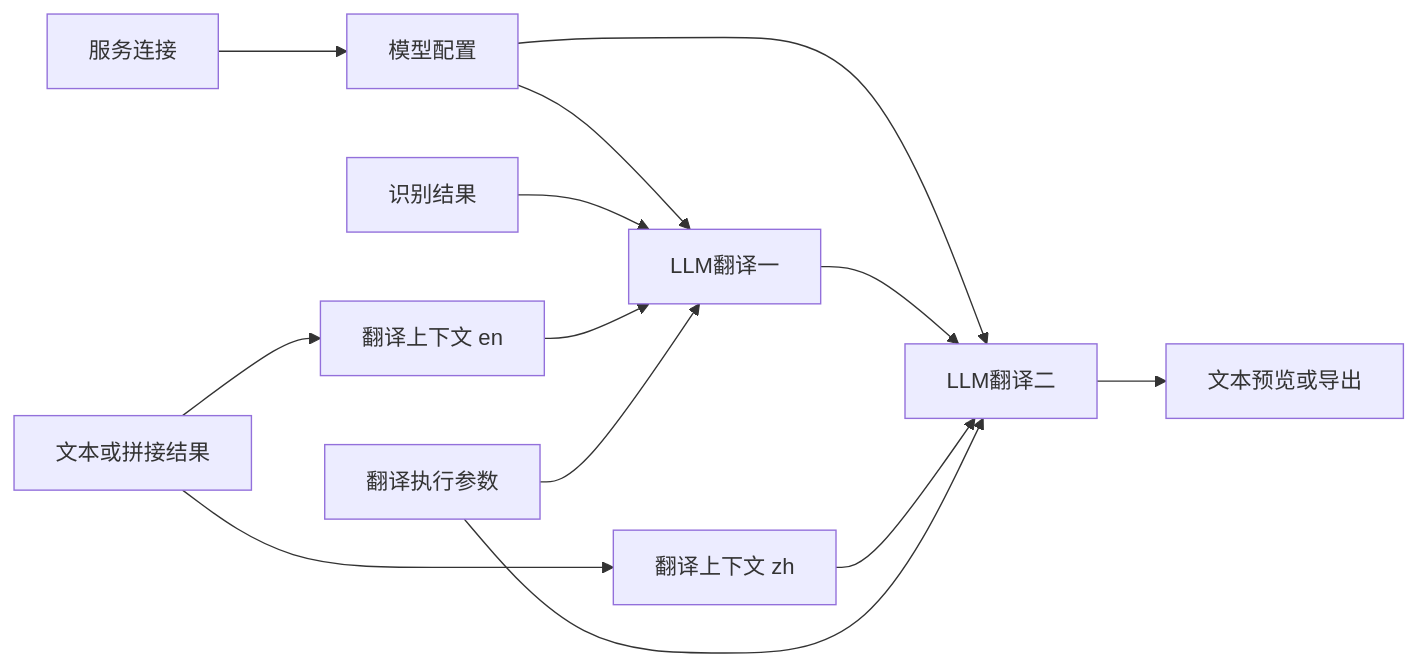
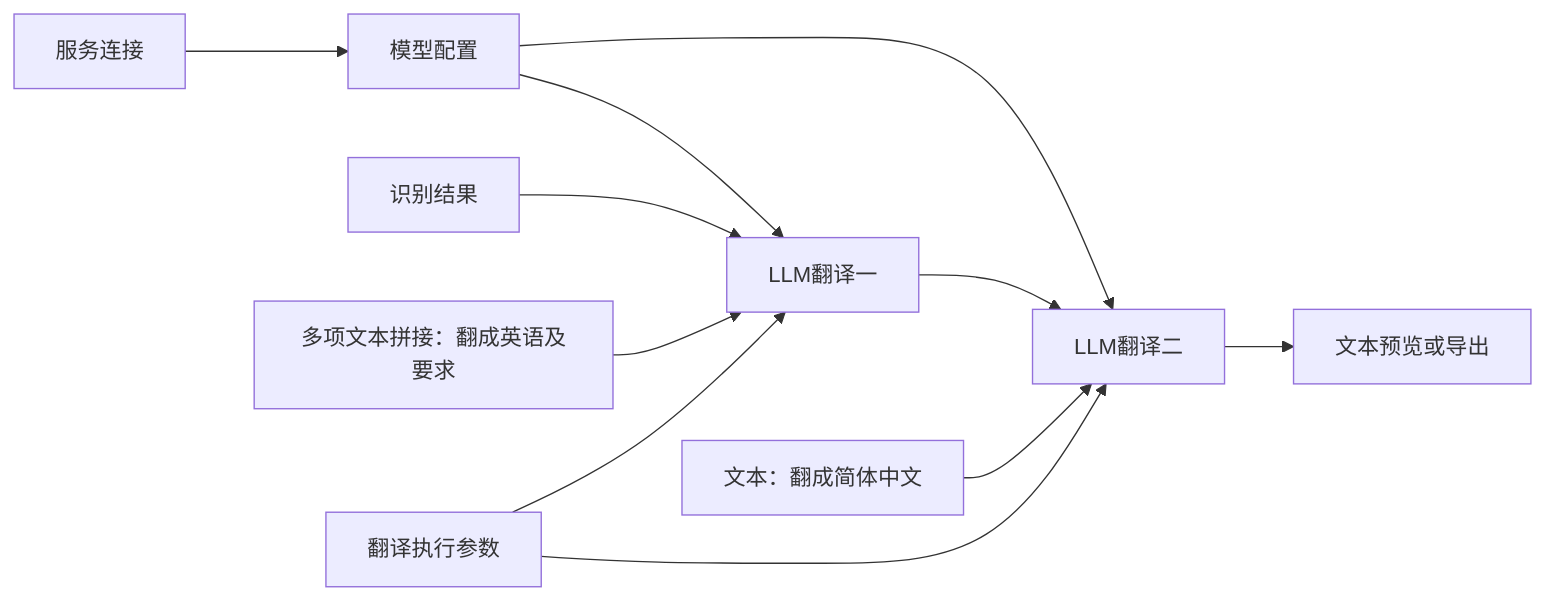
One commit to GFMasterpiece/VoiceTransl changed the diagram in docs/translation_providers.md. Above: the diagram before and after it, drawn with Mermaid. The commit also changed other lines of this file and 96 other files, not shown here.

````diff
--- a/docs/translation_providers.md
+++ b/docs/translation_providers.md
@@ -17,13 +14,11 @@
 ```mermaid
 flowchart LR
   S[服务连接] --> M[模型配置]
   M --> T1[LLM翻译一]
   M --> T2[LLM翻译二]
   A[识别结果] --> T1 --> T2 --> O[文本预览或导出]
-  X[文本或拼接结果] --> C1[翻译上下文 en]
-  X --> C2[翻译上下文 zh]
-  C1 --> T1
-  C2 --> T2
+  X[多项文本拼接：翻成英语及要求] --> T1
+  Y[文本：翻成简体中文] --> T2
   P[翻译执行参数] --> T1
   P --> T2
 ```
````
